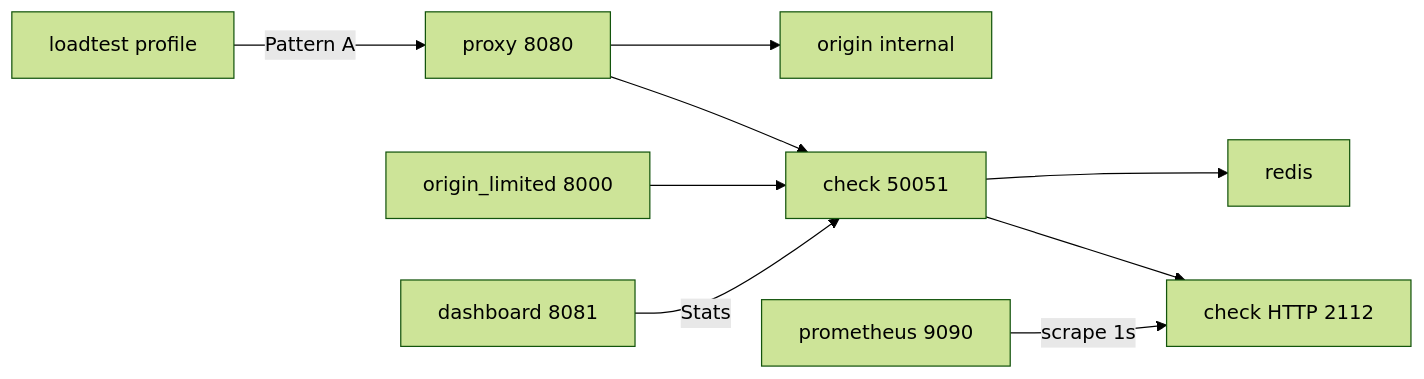
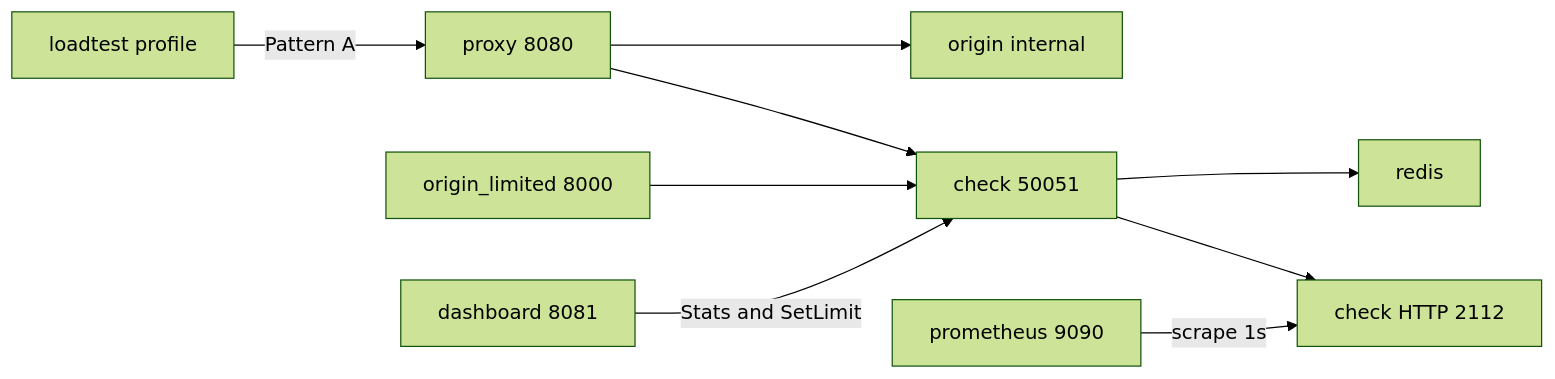
One commit to dgallantino/api-rate-limiter changed the diagram in README.md. Above: the diagram before and after it, drawn with Mermaid (forest theme). The commit also changed 5 other files, not shown here.

````diff
--- a/README.md
+++ b/README.md
@@ -23,20 +23,20 @@
 ```mermaid
 flowchart LR
   loadtest[loadtest profile]
   proxy[proxy 8080]
   origin[origin internal]
   limited[origin_limited 8000]
   check[check 50051]
   metrics[check HTTP 2112]
   prom[prometheus 9090]
   redis[redis]
   dash[dashboard 8081]
   loadtest -->|Pattern A| proxy
   proxy --> check
   proxy --> origin
   limited --> check
   check --> redis
   check --> metrics
   prom -->|scrape 1s| metrics
-  dash -->|Stats| check
+  dash -->|Stats and SetLimit| check
 ```
````
